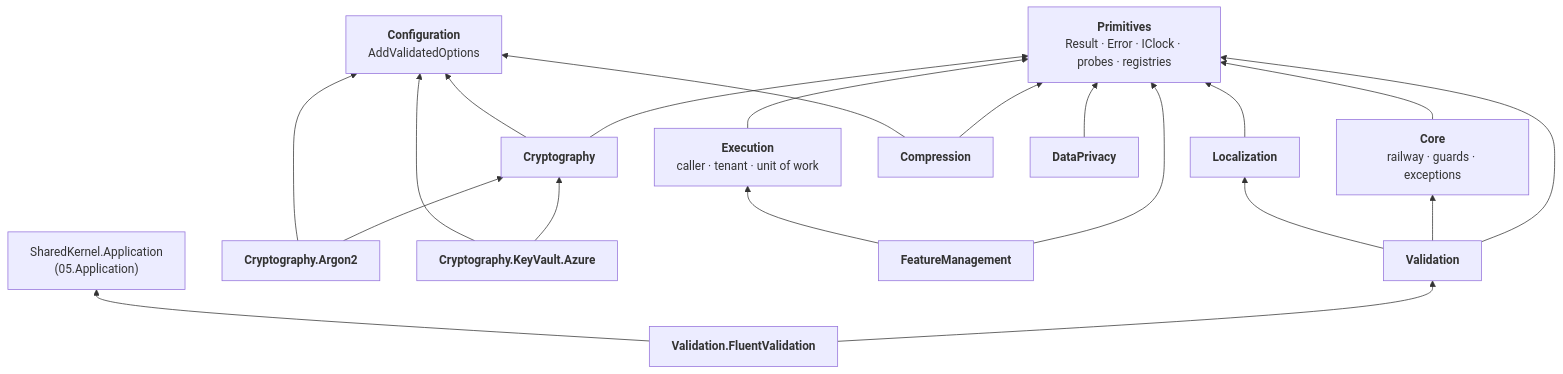
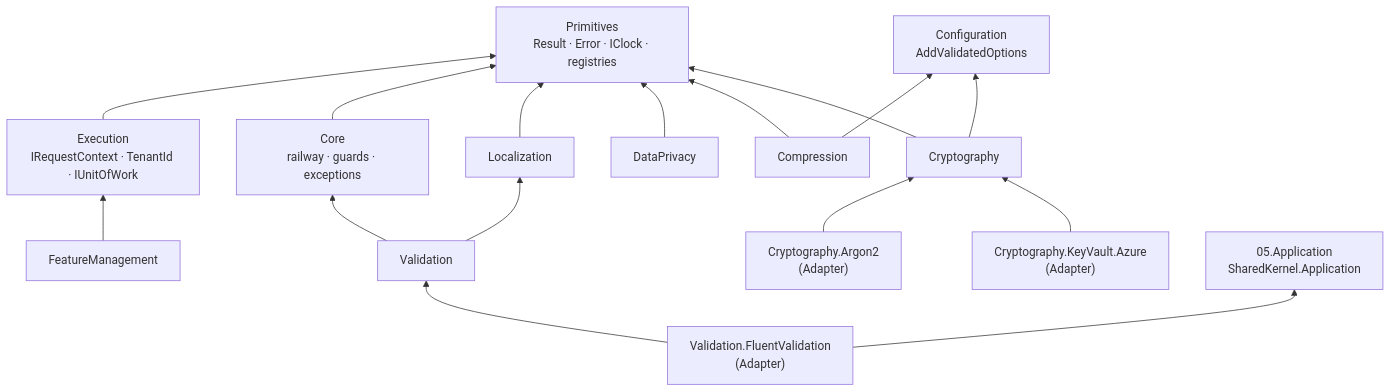
One commit to Gresta-Vertex-Labs/platform-shared-kernel changed the diagram in 01.Core/README.md. Above: the diagram before and after it, drawn with Mermaid. The commit also changed other lines of this file and 639 other files, not shown here.

````diff
--- a/01.Core/README.md
+++ b/01.Core/README.md
@@ -99,29 +54,20 @@
 ```mermaid
 flowchart BT
-    P["<b>Primitives</b><br/>Result · Error · IClock · probes · registries"]
-    EX["<b>Execution</b><br/>caller · tenant · unit of work"]
-    CFG["<b>Configuration</b><br/>AddValidatedOptions"]
-    C["<b>Core</b><br/>railway · guards · exceptions"]
-    L["<b>Localization</b>"]
-    V["<b>Validation</b>"]
-    FV["<b>Validation.FluentValidation</b>"]
-    CR["<b>Cryptography</b>"]
-    A2["<b>Cryptography.Argon2</b>"]
-    KV["<b>Cryptography.KeyVault.Azure</b>"]
-    CMP["<b>Compression</b>"]
-    DP["<b>DataPrivacy</b>"]
-    FM["<b>FeatureManagement</b>"]
-    APP["SharedKernel.Application<br/>(05.Application)"]
-
-    EX --> P
-    C --> P
-    L --> P
-    DP --> P
-    FM --> P & EX
-    V --> P & C & L
-    FV --> V & APP
-    CR --> P & CFG
-    CMP --> P & CFG
-    A2 --> CR & CFG
-    KV --> CR & CFG
+    Primitives["Primitives<br/>Result · Error · IClock · registries"]
+    Configuration["Configuration<br/>AddValidatedOptions"]
+    Execution["Execution<br/>IRequestContext · TenantId · IUnitOfWork"] --> Primitives
+    Core["Core<br/>railway · guards · exceptions"] --> Primitives
+    Localization["Localization"] --> Primitives
+    DataPrivacy["DataPrivacy"] --> Primitives
+    FeatureManagement["FeatureManagement"] --> Execution
+    Compression["Compression"] --> Primitives
+    Compression --> Configuration
+    Cryptography["Cryptography"] --> Primitives
+    Cryptography --> Configuration
+    Validation["Validation"] --> Core
+    Validation --> Localization
+    Argon2["Cryptography.Argon2<br/>(Adapter)"] --> Cryptography
+    KeyVault["Cryptography.KeyVault.Azure<br/>(Adapter)"] --> Cryptography
+    FluentValidation["Validation.FluentValidation<br/>(Adapter)"] --> Validation
+    FluentValidation --> Application["05.Application<br/>SharedKernel.Application"]
 ```
````
